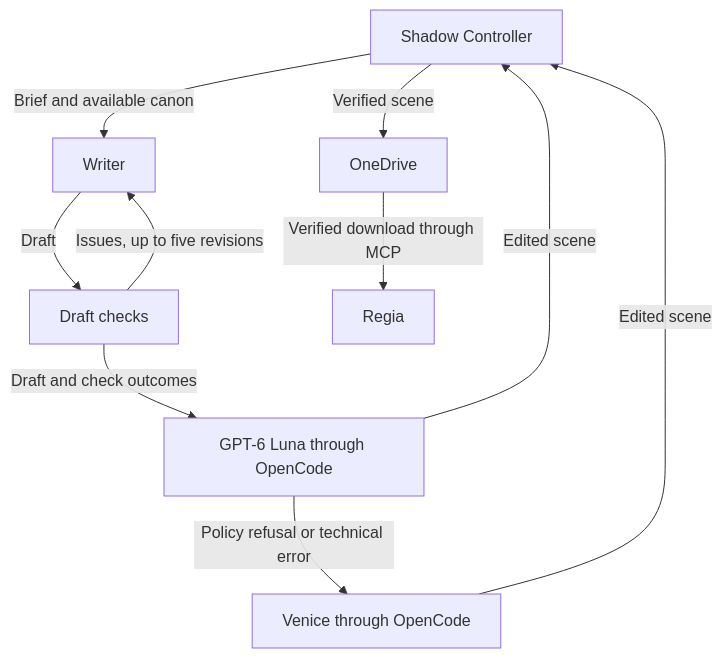
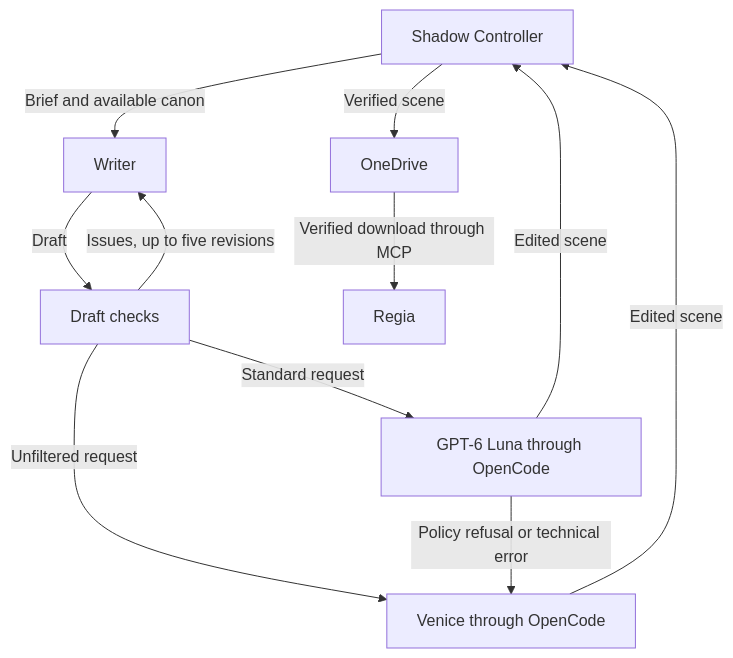
One commit to DRincs-Productions/LM-Studio changed the third of 11 diagrams in README.md. Above: the diagram before and after it, drawn with Mermaid. The commit also changed other lines of this file and 10 other files, not shown here.

````diff
--- a/README.md
+++ b/README.md
@@ -97,12 +100,13 @@
 ```mermaid
 flowchart TD
     C[Shadow Controller] -->|Brief and available canon| W[Writer]
     W -->|Draft| V[Draft checks]
     V -->|Issues, up to five revisions| W
-    V -->|Draft and check outcomes| E[GPT-6 Luna through OpenCode]
+    V -->|Standard request| E[GPT-6 Luna through OpenCode]
+    V -->|Unfiltered request| F[Venice through OpenCode]
     E -->|Policy refusal or technical error| F[Venice through OpenCode]
     E -->|Edited scene| C
     F -->|Edited scene| C
     C -->|Verified scene| O[OneDrive]
     O -->|Verified download through MCP| R[Regia]
 ```
````
